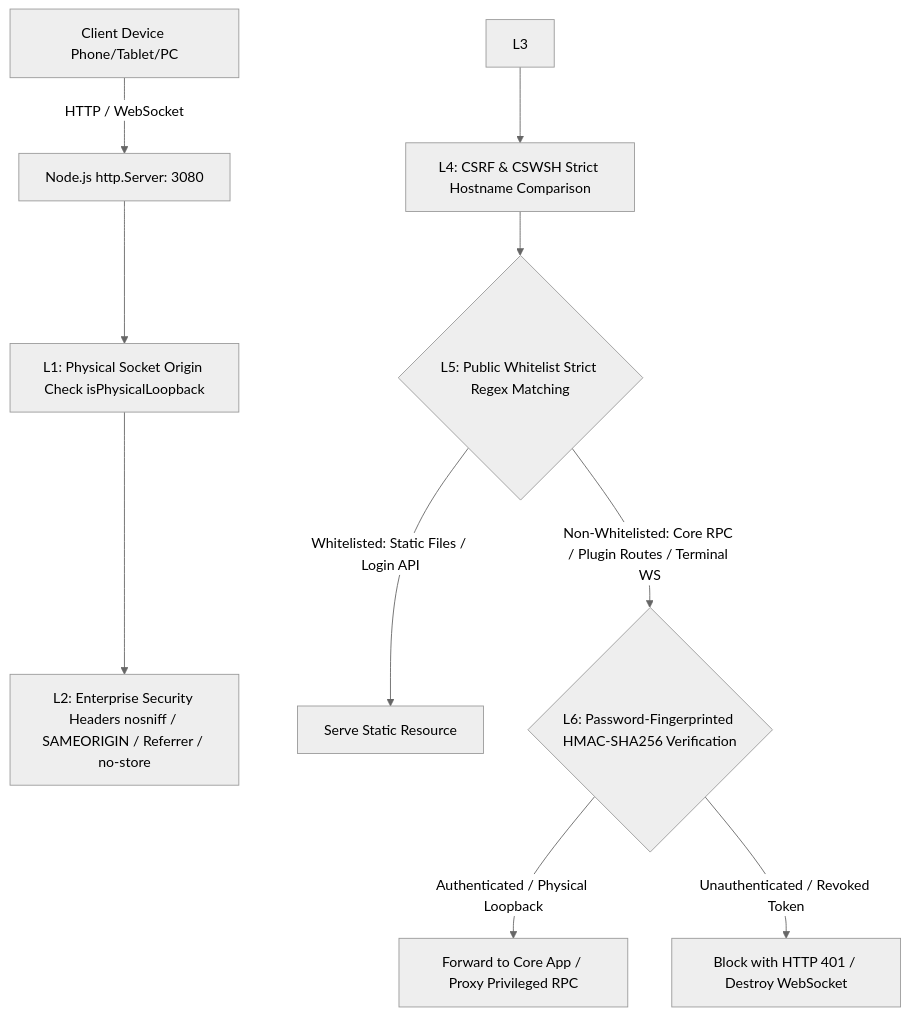
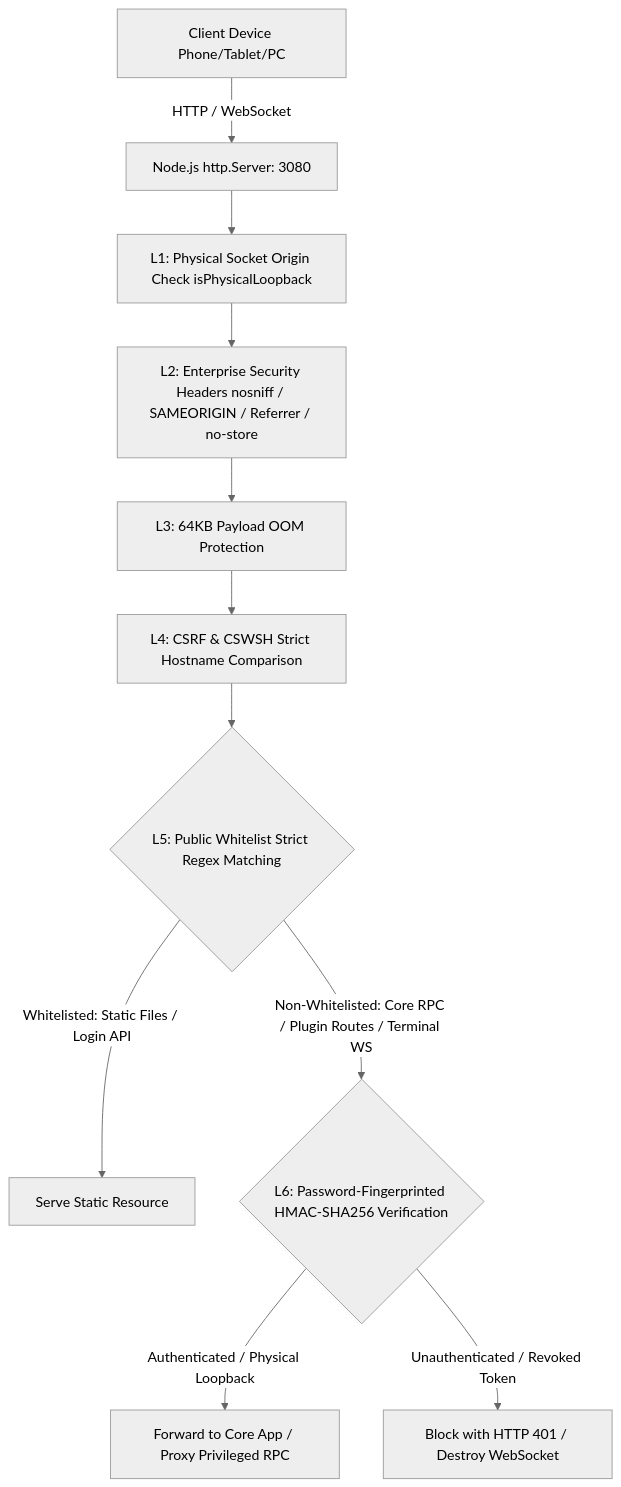
The diagram in README.md (lijx122/dsh-plugin-auth-guard), drawn with Mermaid (neutral theme) before and after one commit. The commit also changed other lines of this file and 1 other file, not shown here.

````diff
--- a/README.md
+++ b/README.md
@@ -38,14 +38,15 @@
 ```mermaid
 flowchart TD
     Client[Client Device Phone/Tablet/PC] -->|HTTP / WebSocket| Ingress[Node.js http.Server: 3080]
     Ingress --> L1[L1: Physical Socket Origin Check isPhysicalLoopback]
     L1 --> L2[L2: Enterprise Security Headers nosniff / SAMEORIGIN / Referrer / no-store]
+    L2 --> L3[L3: 64KB Payload OOM Protection]
     L3 --> L4[L4: CSRF & CSWSH Strict Hostname Comparison]
     L4 --> L5{L5: Public Whitelist Strict Regex Matching}
     
     L5 -->|Whitelisted: Static Files / Login API| PassPublic[Serve Static Resource]
     L5 -->|Non-Whitelisted: Core RPC / Plugin Routes / Terminal WS| L6{L6: Password-Fingerprinted HMAC-SHA256 Verification}
     
     L6 -->|Authenticated / Physical Loopback| Router[Forward to Core App / Proxy Privileged RPC]
     L6 -->|Unauthenticated / Revoked Token| Block[Block with HTTP 401 / Destroy WebSocket]
 ```
````
